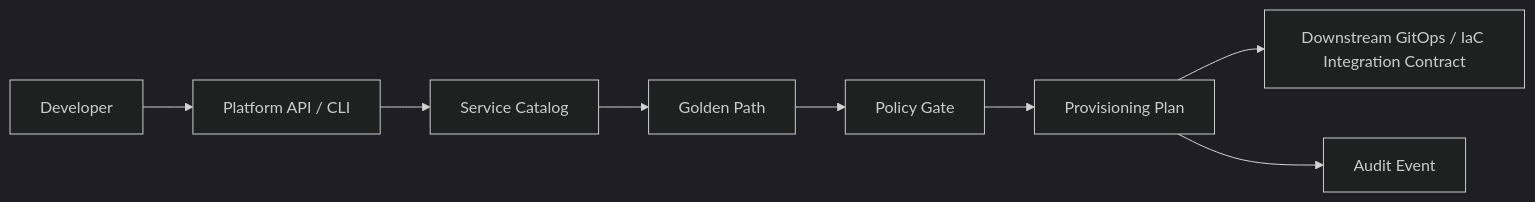
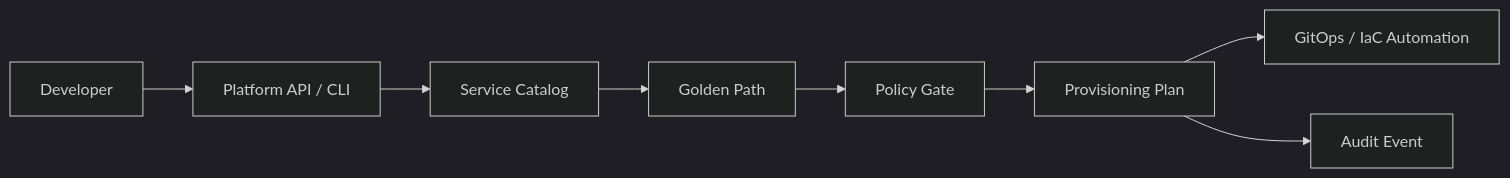
One commit to obinna-obika-devops/platform-engineering-portal changed the diagram in README.md. Above: the diagram before and after it, drawn with Mermaid (dark theme). The commit also changed other lines of this file, not shown here.

````diff
--- a/README.md
+++ b/README.md
@@ -16,10 +29,10 @@
 ```mermaid
 flowchart LR
     A[Developer] --> B[Platform API / CLI]
     B --> C[Service Catalog]
     C --> D[Golden Path]
     D --> E[Policy Gate]
     E --> F[Provisioning Plan]
-    F --> G[Downstream GitOps / IaC Integration Contract]
+    F --> G[GitOps / IaC Automation]
     F --> H[Audit Event]
 ```
````
